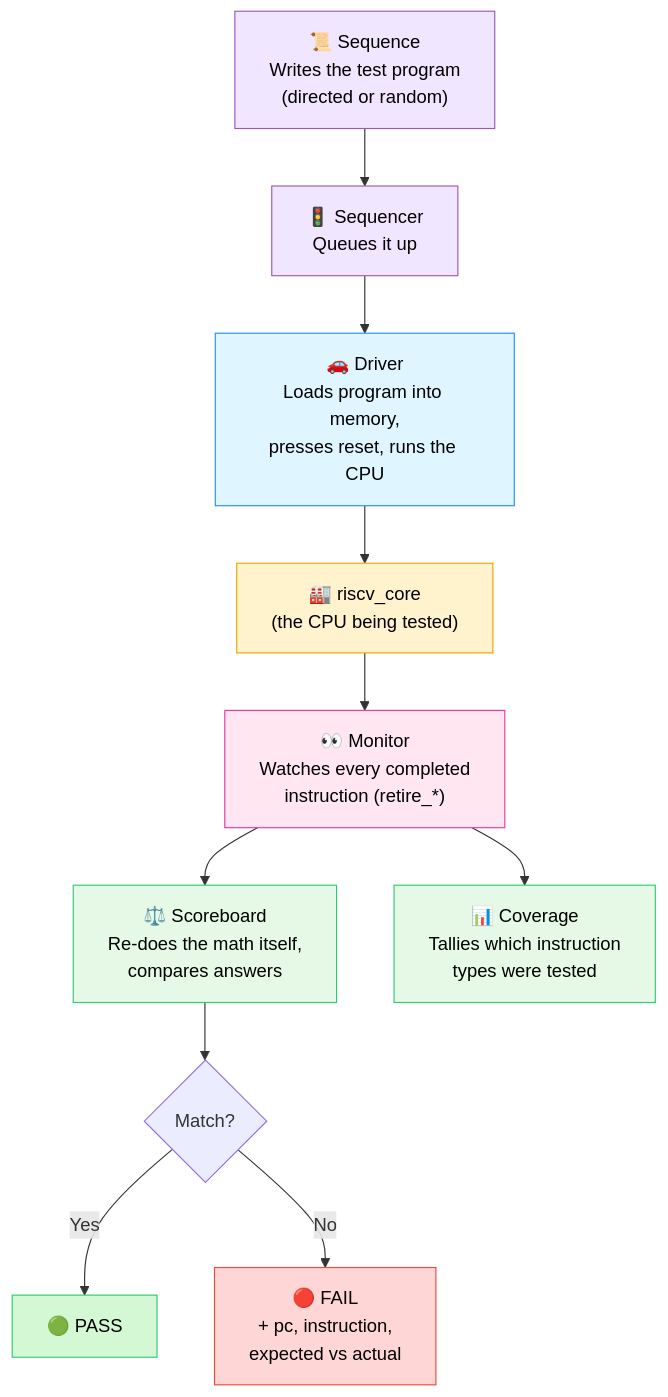
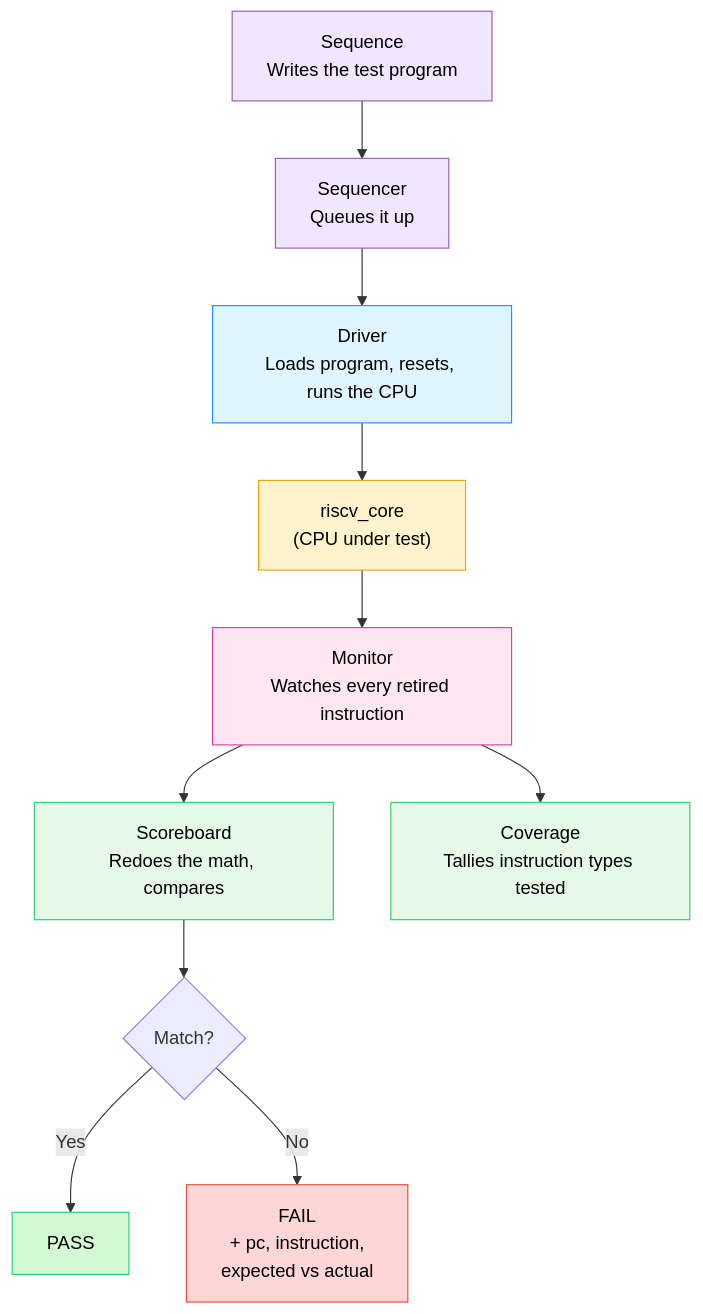
One commit to hjsanjana/rtl-design-practice changed the sixth of 30 diagrams in RISC-V/README.md. Above: the diagram before and after it, drawn with Mermaid. The commit also changed other lines of this file, not shown here.

````diff
--- a/RISC-V/README.md
+++ b/RISC-V/README.md
@@ -186,22 +149,22 @@
 ```mermaid
 flowchart TB
-    SEQ["📜 Sequence\nWrites the test program\n(directed or random)"] --> SQR["🚦 Sequencer\nQueues it up"]
-    SQR --> DRV["🚗 Driver\nLoads program into memory,\npresses reset, runs the CPU"]
-    DRV --> DUT["🏭 riscv_core\n(the CPU being tested)"]
-    DUT --> MON["👀 Monitor\nWatches every completed\ninstruction (retire_*)"]
-    MON --> SCB["⚖️ Scoreboard\nRe-does the math itself,\ncompares answers"]
-    MON --> COV["📊 Coverage\nTallies which instruction\ntypes were tested"]
+    SEQ["Sequence\nWrites the test program"] --> SQR["Sequencer\nQueues it up"]
+    SQR --> DRV["Driver\nLoads program, resets, runs the CPU"]
+    DRV --> DUT["riscv_core\n(CPU under test)"]
+    DUT --> MON["Monitor\nWatches every retired instruction"]
+    MON --> SCB["Scoreboard\nRedoes the math, compares"]
+    MON --> COV["Coverage\nTallies instruction types tested"]
     SCB --> RESULT{"Match?"}
-    RESULT -->|Yes| PASS["🟢 PASS"]
-    RESULT -->|No| FAIL["🔴 FAIL\n+ pc, instruction,\nexpected vs actual"]
+    RESULT -->|Yes| PASS["PASS"]
+    RESULT -->|No| FAIL["FAIL\n+ pc, instruction,\nexpected vs actual"]
 
     style SEQ fill:#f0e6ff,stroke:#9b59b6,color:#000
     style SQR fill:#f0e6ff,stroke:#9b59b6,color:#000
     style DRV fill:#dff5ff,stroke:#1e90ff,color:#000
     style DUT fill:#fff3cd,stroke:#e6a700,color:#000
     style MON fill:#ffe6f0,stroke:#e6399b,color:#000
     style SCB fill:#e6f9e6,stroke:#2ecc71,color:#000
     style COV fill:#e6f9e6,stroke:#2ecc71,color:#000
     style PASS fill:#d4f8d4,stroke:#2ecc71,color:#000
     style FAIL fill:#ffd6d6,stroke:#e74c3c,color:#000
 ```
````
